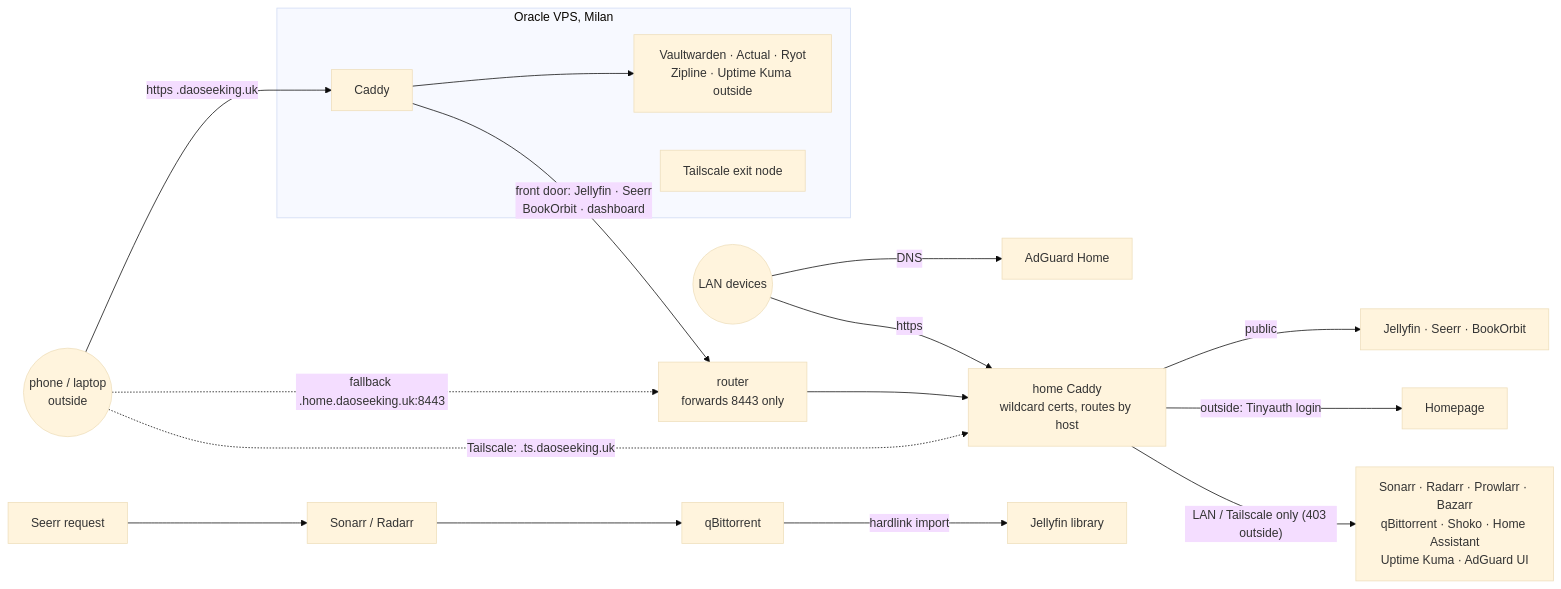
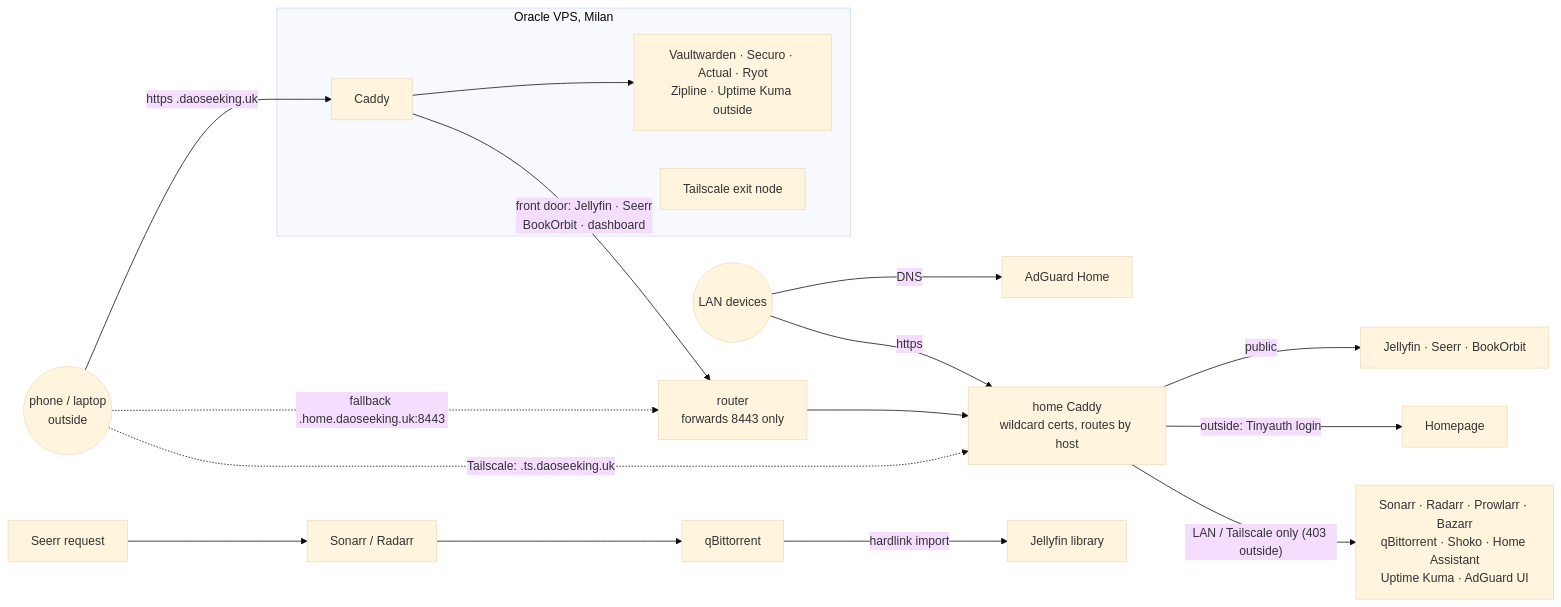
Before and after one commit to sergey-borovkov/homelab: the diagram in README.md, drawn with Mermaid (base theme). The commit also changed other lines of this file and 6 other files, not shown here.

````diff
--- a/README.md
+++ b/README.md
@@ -16,21 +16,21 @@
 ```mermaid
 flowchart LR
   phone((phone / laptop<br/>outside)) -- "https <app>.daoseeking.uk" --> vcaddy
   phone -. "fallback <app>.home.daoseeking.uk:8443" .-> router[router<br/>forwards 8443 only]
   phone -. "Tailscale: <app>.ts.daoseeking.uk" .-> caddy
 
   subgraph VPS [Oracle VPS, Milan]
-    vcaddy[Caddy] --> vapps[Vaultwarden · Actual · Ryot<br/>Zipline · Uptime Kuma outside]
+    vcaddy[Caddy] --> vapps[Vaultwarden · Securo · Actual · Ryot<br/>Zipline · Uptime Kuma outside]
     ts[Tailscale exit node]
   end
   vcaddy -- "front door: Jellyfin · Seerr<br/>BookOrbit · dashboard" --> router
 
   lan((LAN devices)) -- DNS --> adguard[AdGuard Home]
   lan -- https --> caddy
   router --> caddy[home Caddy<br/>wildcard certs, routes by host]
   caddy -- public --> pub[Jellyfin · Seerr · BookOrbit]
   caddy -- "outside: Tinyauth login" --> dash[Homepage]
   caddy -- "LAN / Tailscale only (403 outside)" --> admin[Sonarr · Radarr · Prowlarr · Bazarr<br/>qBittorrent · Shoko · Home Assistant<br/>Uptime Kuma · AdGuard UI]
 
   seerr[Seerr request] --> arr[Sonarr / Radarr] --> qbit[qBittorrent] -- hardlink import --> jf[Jellyfin library]
 ```
````
